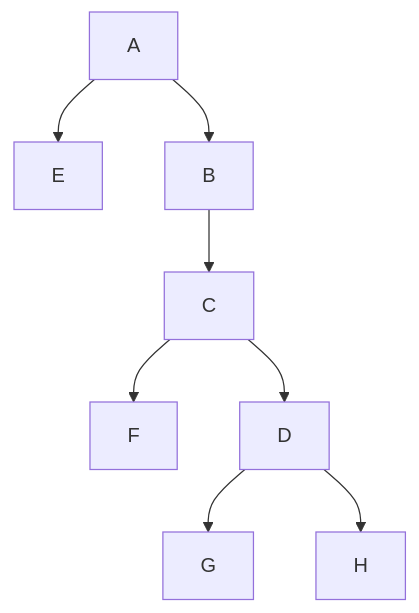
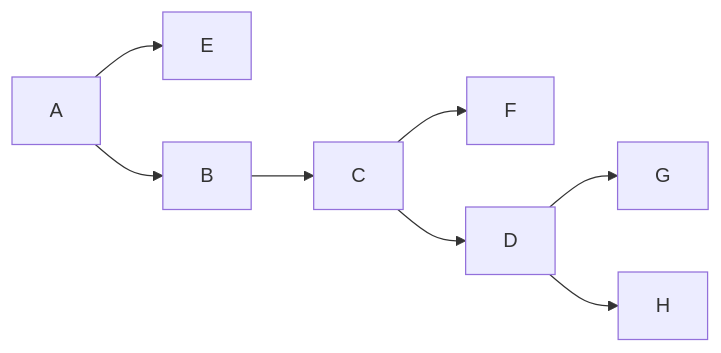
Before and after one commit to BenSernau/Metroidvania-Pathfinder: the diagram in README.md, drawn with Mermaid.

````diff
--- a/README.md
+++ b/README.md
@@ -34,13 +34,13 @@
 ```mermaid
-graph TD
+graph LR
   A --> E
   A --> B
   B --> C
   C --> F
   C --> D
   D --> G
   D --> H
   
   %% BFS order: A --> B --> E --> C --> F --> D --> G --> H
   %% DFS order: A --> B --> C --> D --> H --> G --> F --> E
 ```
````
